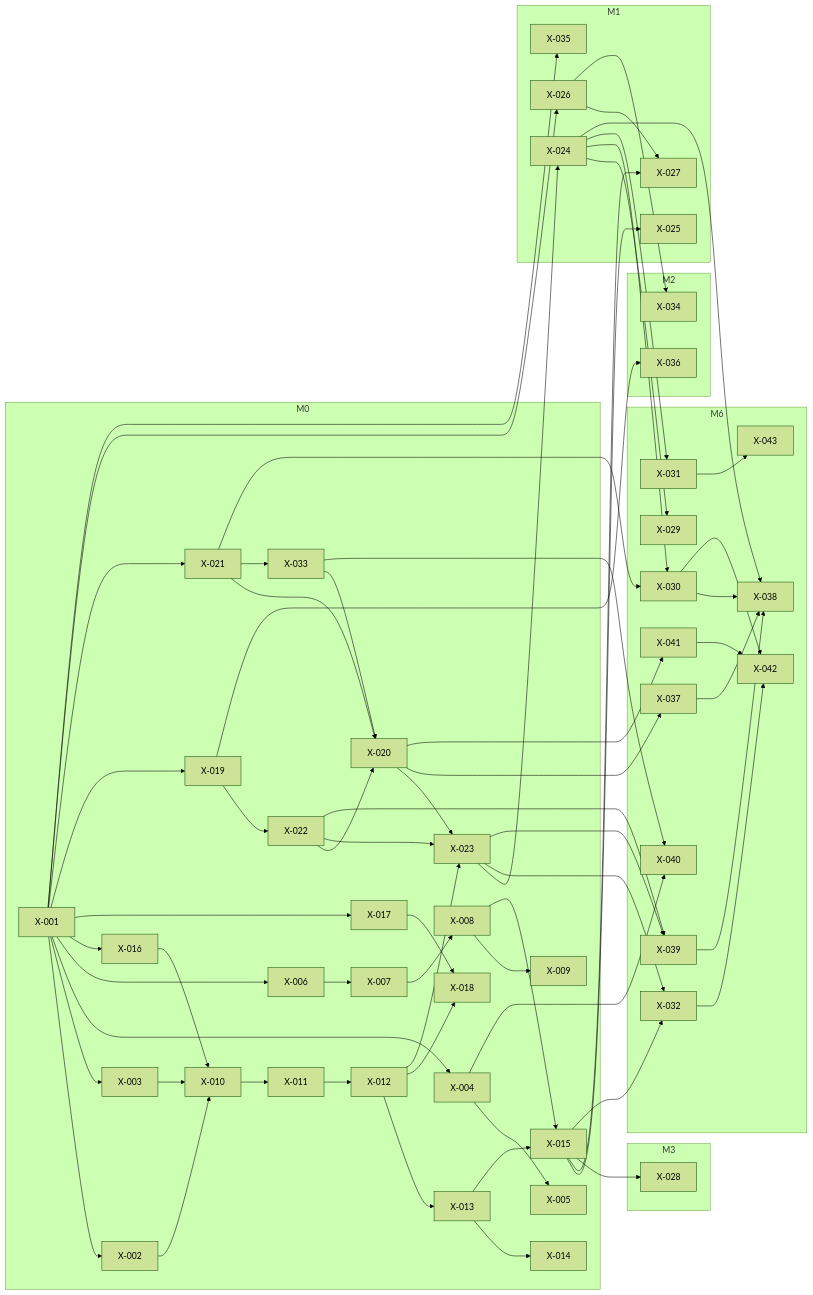
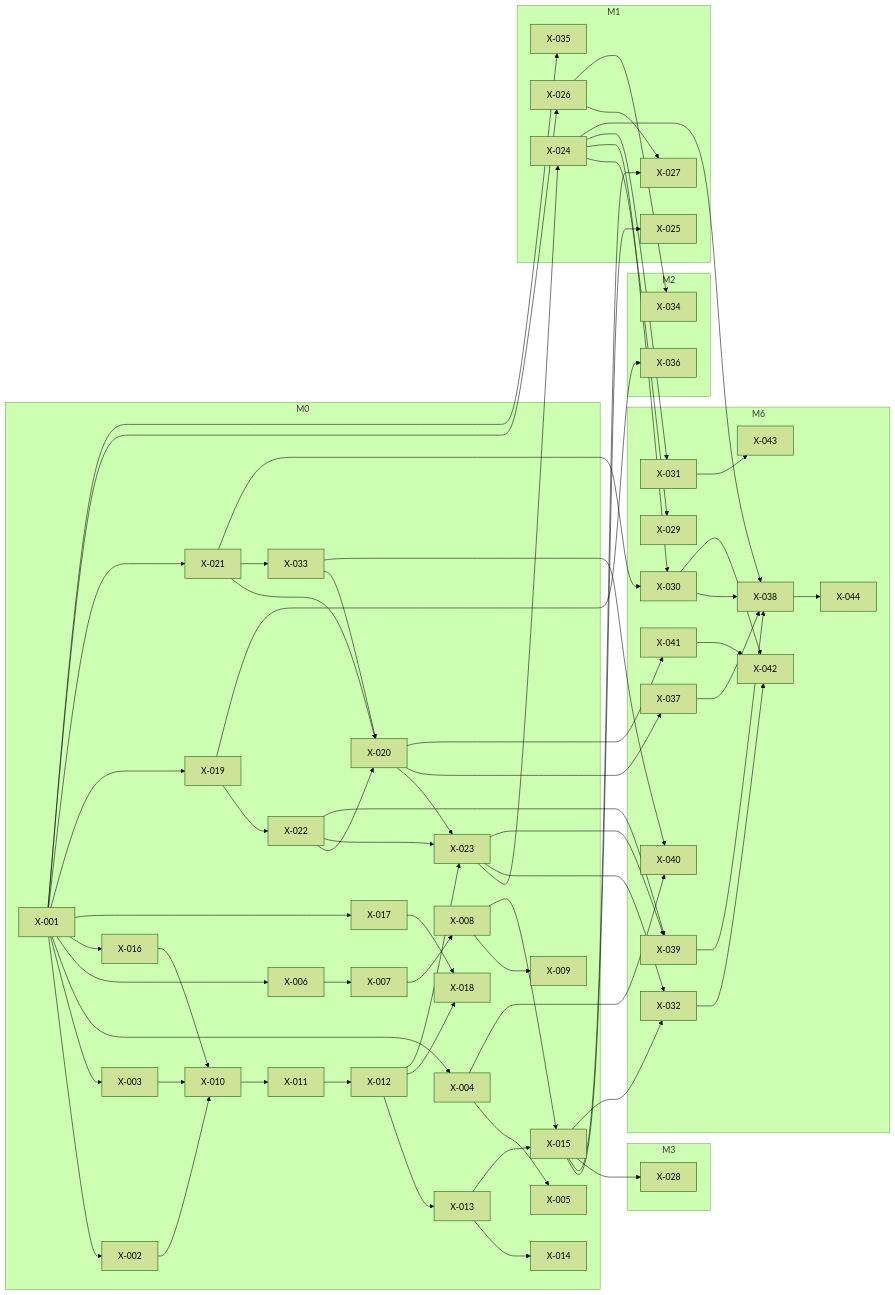
Before and after one commit to bhagwati-prasad/velexis-ota: the diagram in docs/mvp/plans/foundation-tasks.md, drawn with Mermaid (forest theme). The commit also changed 1 other file, not shown here.

Commit message:
docs(plans): add X-044 and PBE-075 to the plans' dependency graphs [X-044]
foundation-tasks.md's dependency graph gains the node X-044 in M6 and the edge
X-038 --> X-044; its edges now equal those of
`node tools/plan-lint/plan-lint.mjs --graph docs/mvp/plans/foundation-tasks.md`.
The platform plan's dependency overview names the demo OTA command PBE-075 in
its M6 box. plan-lint: 340 tasks, 1552 hours, critical path 168 h over 31
tasks, remaining critical path 32 h over 6 tasks, ERRORS: 0.

Task: X-044
Task: PBE-075

Claude-Session: https://claude.ai/code/session_013KSiFZbRi4apZDRR8hvyqr

````diff
--- a/docs/mvp/plans/foundation-tasks.md
+++ b/docs/mvp/plans/foundation-tasks.md
@@ -1250,6 +1250,7 @@
     X_041["X-041"]
     X_042["X-042"]
     X_043["X-043"]
+    X_044["X-044"]
   end
   X_001 --> X_002
   X_001 --> X_003
@@ -1311,4 +1312,5 @@
   X_030 --> X_042
   X_041 --> X_042
   X_031 --> X_043
+  X_038 --> X_044
 ```
````
